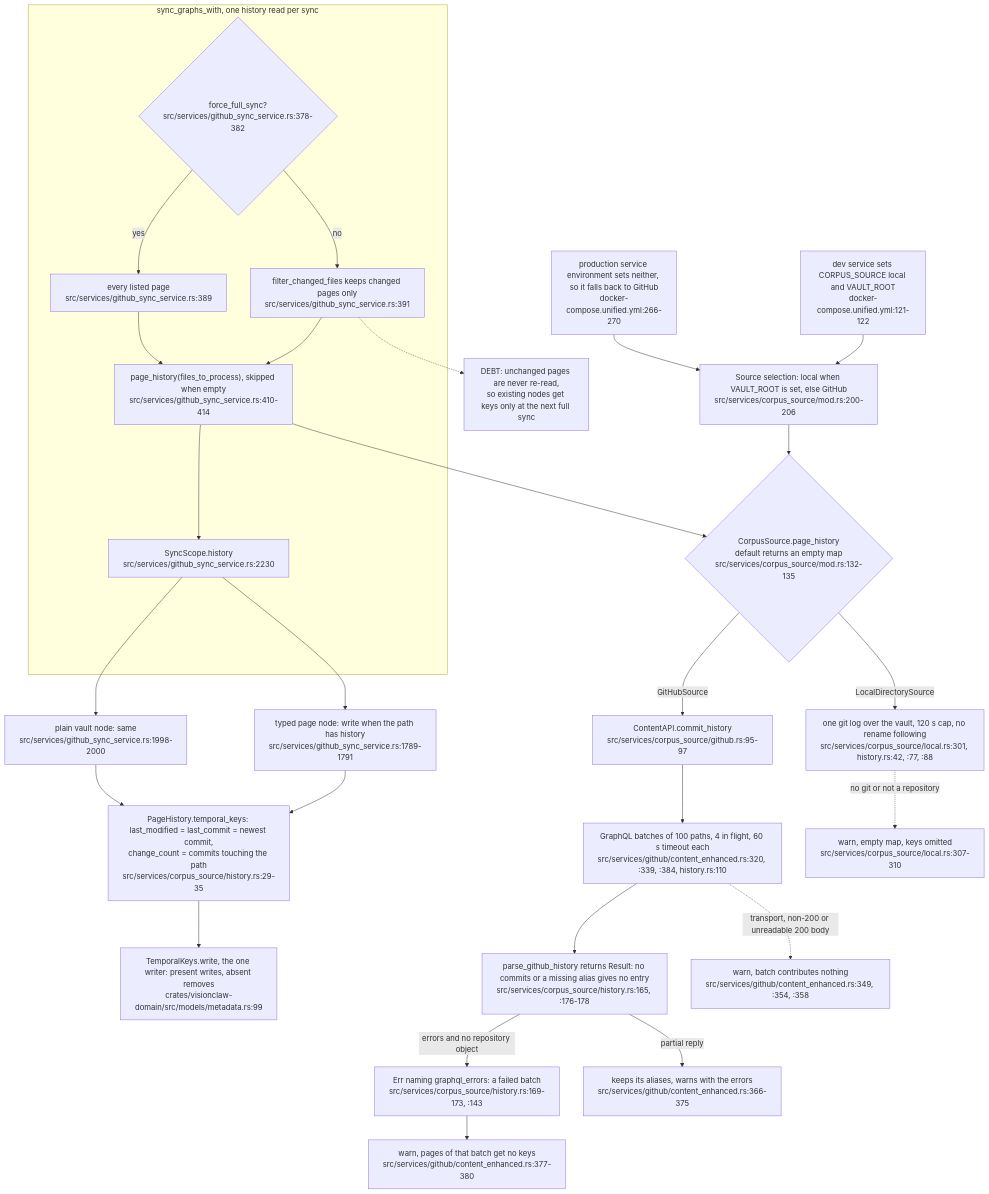
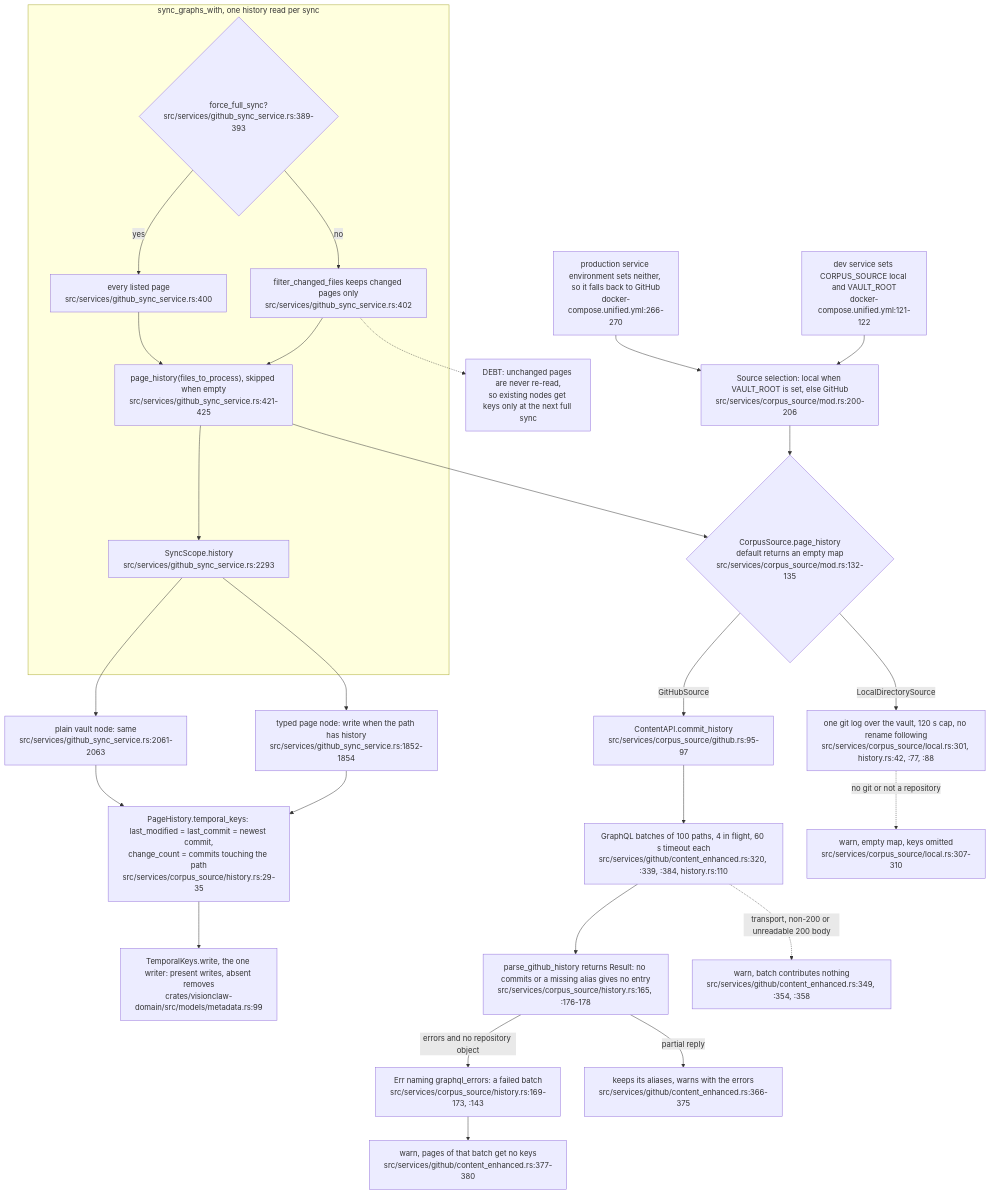
One commit to DreamLab-AI/VisionFlow changed the sixth of 7 diagrams in docs/diagrams/visionclaw/21-corpus-ingest-and-vault.md. Above: the diagram before and after it, drawn with Mermaid. The commit also changed other lines of this file and 154 other files, not shown here.

First line of the commit message:
docs(diagrams): re-stamp 154 topics whose every citation still reads the same text at the current heads

````diff
--- a/docs/diagrams/visionclaw/21-corpus-ingest-and-vault.md
+++ b/docs/diagrams/visionclaw/21-corpus-ingest-and-vault.md
@@ -268,30 +268,30 @@
 ```mermaid
 flowchart TB
     subgraph SYNC["sync_graphs_with, one history read per sync"]
-        FF{"force_full_sync?<br/>src/services/github_sync_service.rs:378-382"}
-        FF -->|no| INC["filter_changed_files keeps changed pages only<br/>src/services/github_sync_service.rs:391"]
-        FF -->|yes| ALL["every listed page<br/>src/services/github_sync_service.rs:389"]
-        INC --> HR["page_history(files_to_process), skipped when empty<br/>src/services/github_sync_service.rs:410-414"]
+        FF{"force_full_sync?<br/>src/services/github_sync_service.rs:389-393"}
+        FF -->|no| INC["filter_changed_files keeps changed pages only<br/>src/services/github_sync_service.rs:402"]
+        FF -->|yes| ALL["every listed page<br/>src/services/github_sync_service.rs:400"]
+        INC --> HR["page_history(files_to_process), skipped when empty<br/>src/services/github_sync_service.rs:421-425"]
         ALL --> HR
-        HR --> SC["SyncScope.history<br/>src/services/github_sync_service.rs:2230"]
+        HR --> SC["SyncScope.history<br/>src/services/github_sync_service.rs:2293"]
     end
-    SC --> W1["typed page node: write when the path has history<br/>src/services/github_sync_service.rs:1789-1791"]
-    SC --> W2["plain vault node: same<br/>src/services/github_sync_service.rs:1998-2000"]
+    SC --> W1["typed page node: write when the path has history<br/>src/services/github_sync_service.rs:1852-1854"]
+    SC --> W2["plain vault node: same<br/>src/services/github_sync_service.rs:2061-2063"]
     W1 --> PK["PageHistory.temporal_keys: last_modified = last_commit = newest commit,<br/>change_count = commits touching the path<br/>src/services/corpus_source/history.rs:29-35"]
     W2 --> PK
     PK --> TW["TemporalKeys.write, the one writer: present writes, absent removes<br/>crates/visionclaw-domain/src/models/metadata.rs:99"]
     HR --> PORT{"CorpusSource.page_history<br/>default returns an empty map<br/>src/services/corpus_source/mod.rs:132-135"}
     PORT -->|LocalDirectorySource| GL["one git log over the vault, 120 s cap, no rename following<br/>src/services/corpus_source/local.rs:301, history.rs:42, :77, :88"]
     PORT -->|GitHubSource| GH["ContentAPI.commit_history<br/>src/services/corpus_source/github.rs:95-97"]
     GH --> GQ["GraphQL batches of 100 paths, 4 in flight, 60 s timeout each<br/>src/services/github/content_enhanced.rs:320, :339, :384, history.rs:110"]
     GQ --> GP["parse_github_history returns Result: no commits or a missing alias gives no entry<br/>src/services/corpus_source/history.rs:165, :176-178"]
     GP -->|"errors and no repository object"| GE["Err naming graphql_errors: a failed batch<br/>src/services/corpus_source/history.rs:169-173, :143"]
     GP -->|"partial reply"| PR["keeps its aliases, warns with the errors<br/>src/services/github/content_enhanced.rs:366-375"]
     GE --> FO["warn, pages of that batch get no keys<br/>src/services/github/content_enhanced.rs:377-380"]
     GQ -.->|"transport, non-200 or unreadable 200 body"| FO1["warn, batch contributes nothing<br/>src/services/github/content_enhanced.rs:349, :354, :358"]
     GL -.->|"no git or not a repository"| FO2["warn, empty map, keys omitted<br/>src/services/corpus_source/local.rs:307-310"]
     INC -.-> LOOSE["DEBT: unchanged pages are never re-read,<br/>so existing nodes get keys only at the next full sync"]
     SEL["Source selection: local when VAULT_ROOT is set, else GitHub<br/>src/services/corpus_source/mod.rs:200-206"] --> PORT
     DEV["dev service sets CORPUS_SOURCE local and VAULT_ROOT<br/>docker-compose.unified.yml:121-122"] --> SEL
     PROD["production service environment sets neither, so it falls back to GitHub<br/>docker-compose.unified.yml:266-270"] --> SEL
 ```
````
